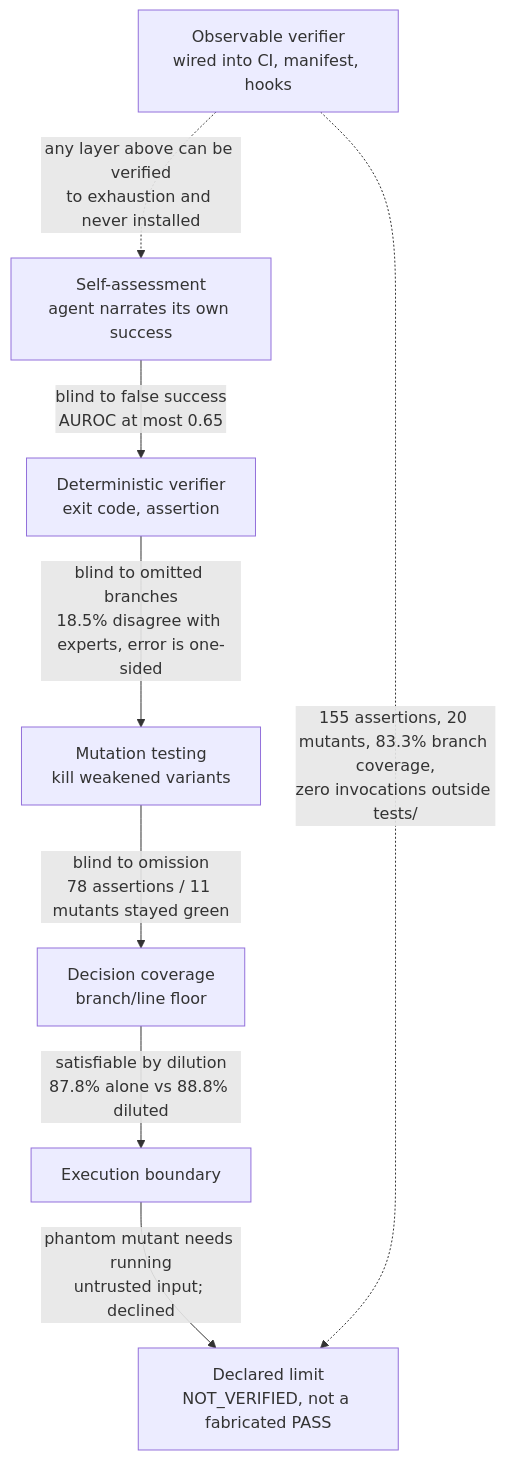
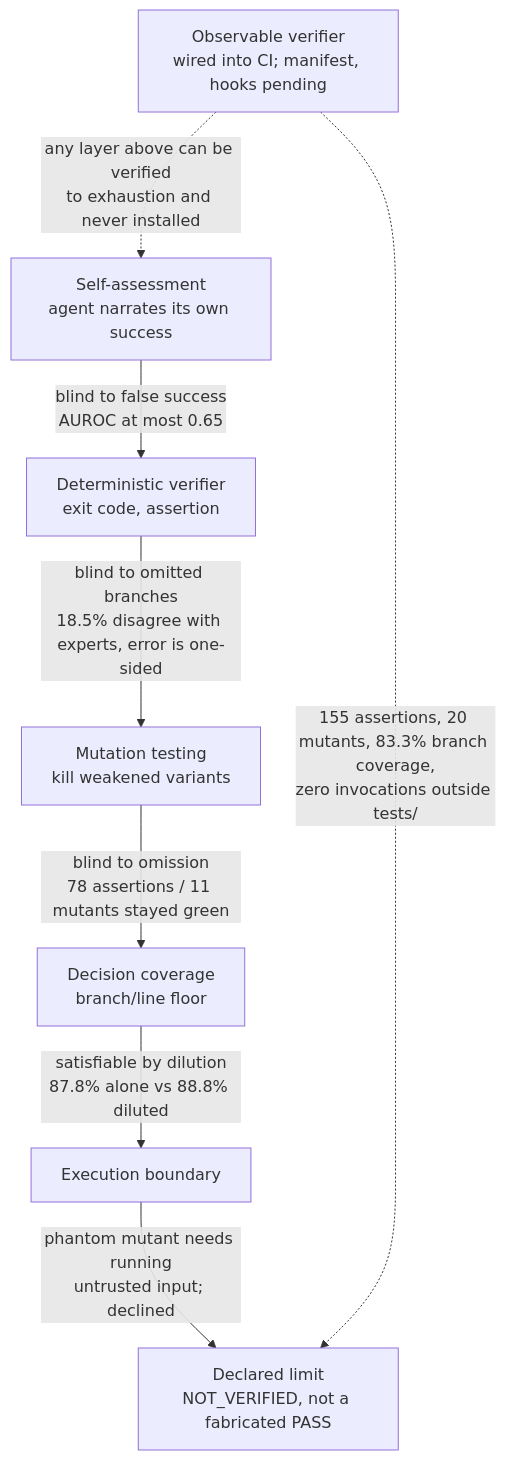
The fourth of 4 diagrams in README.md (MrSchrodingers/tollens), drawn with Mermaid before and after one commit. The commit also changed 3 other files, not shown here.

````diff
--- a/README.md
+++ b/README.md
@@ -1024,11 +1024,11 @@
 ```mermaid
 flowchart TD
     A["Self-assessment<br/>agent narrates its own success"] -->|"blind to false success<br/>AUROC at most 0.65"| B["Deterministic verifier<br/>exit code, assertion"]
     B -->|"blind to omitted branches<br/>18.5% disagree with experts, error is one-sided"| C["Mutation testing<br/>kill weakened variants"]
     C -->|"blind to omission<br/>78 assertions / 11 mutants stayed green"| D["Decision coverage<br/>branch/line floor"]
     D -->|"satisfiable by dilution<br/>87.8% alone vs 88.8% diluted"| E["Execution boundary"]
     E -->|"phantom mutant needs running<br/>untrusted input; declined"| F["Declared limit<br/>NOT_VERIFIED, not a fabricated PASS"]
 
-    G["Observable verifier<br/>wired into CI, manifest, hooks"] -.->|"any layer above can be verified<br/>to exhaustion and never installed"| A
+    G["Observable verifier<br/>wired into CI; manifest, hooks pending"] -.->|"any layer above can be verified<br/>to exhaustion and never installed"| A
     G -.->|"155 assertions, 20 mutants, 83.3% branch coverage,<br/>zero invocations outside tests/"| F
 ```
````
